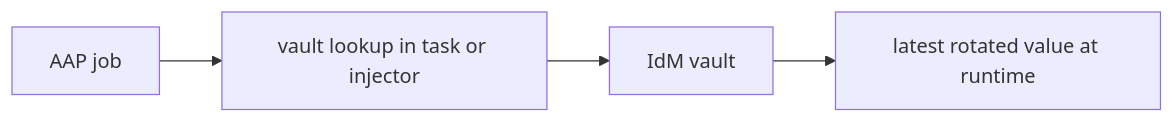
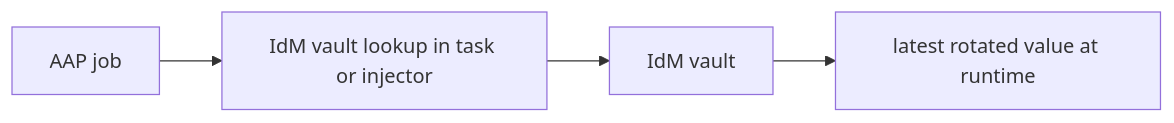
The eighth of 13 diagrams in docs/vault-use-cases.md (gprocunier/eigenstate-ipa), drawn with Mermaid before and after one commit. The commit also changed other lines of this file and 11 other files, not shown here.

````diff
--- a/docs/vault-use-cases.md
+++ b/docs/vault-use-cases.md
@@ -223,6 +224,6 @@
 ```mermaid
 flowchart LR
-    C["AAP job"] --> L["vault lookup in task or injector"]
+    C["AAP job"] --> L["IdM vault lookup in task or injector"]
     L --> I["IdM vault"]
     I --> R["latest rotated value at runtime"]
 ```
````
